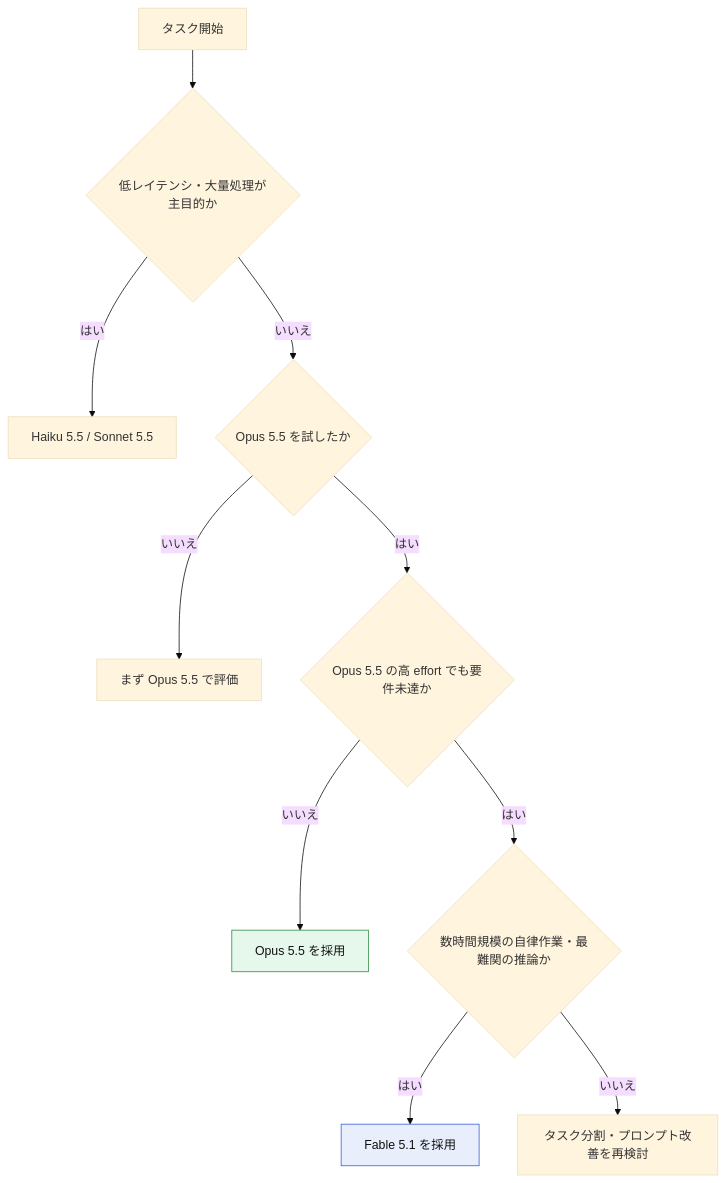
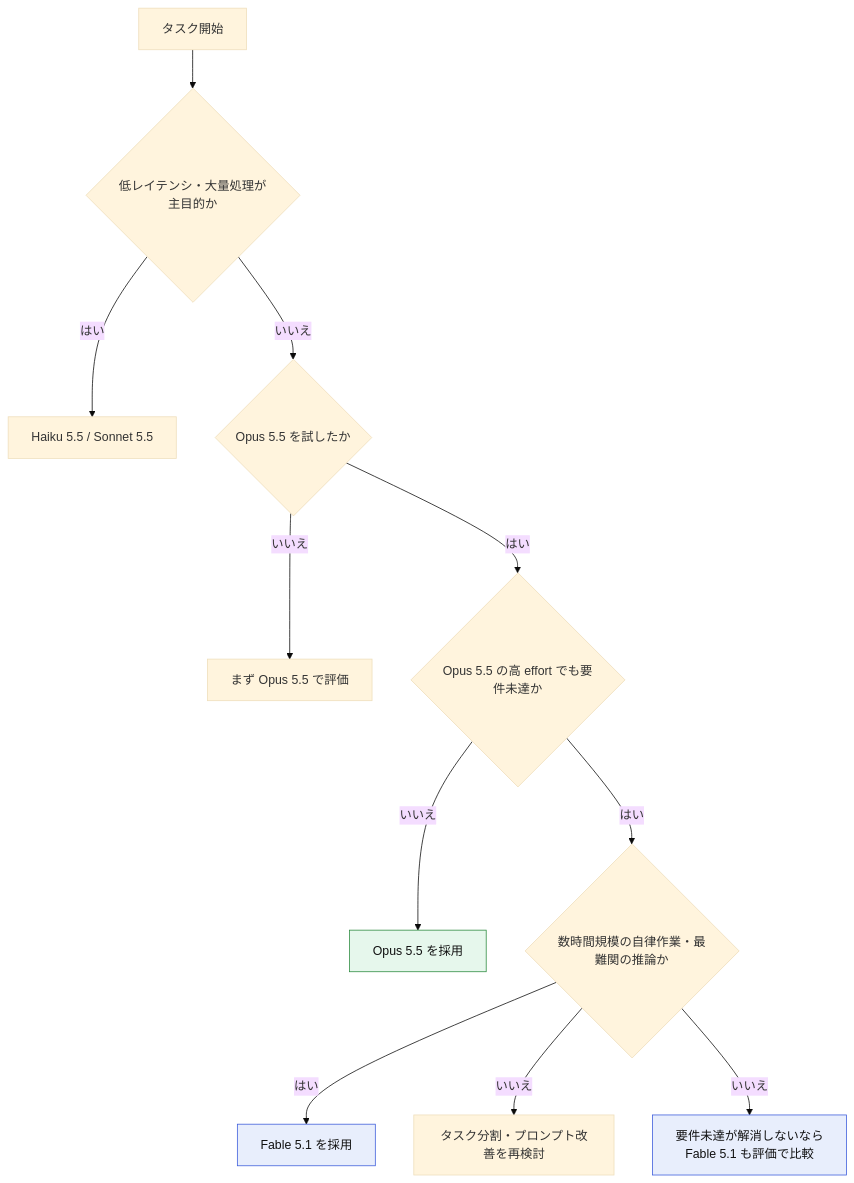
One commit to myoshi2891/Comparison-of-LLMs changed the second of 10 diagrams in Claude-fable-5-1-best-practices-guide.md. Above: the diagram before and after it, drawn with Mermaid (base theme). The commit also changed other lines of this file, not shown here.

Commit message:
docs(claude): add evaluation fallback branch, per-message effort compatibility, and platform model IDs to Fable 5.1 guide

````diff
--- a/Claude-fable-5-1-best-practices-guide.md
+++ b/Claude-fable-5-1-best-practices-guide.md
@@ -167,14 +167,16 @@
 ```mermaid
 flowchart TD
     S["タスク開始"] --> Q1{"低レイテンシ・大量処理が主目的か"}
     Q1 -- "はい" --> H["Haiku 5.5 / Sonnet 5.5"]
     Q1 -- "いいえ" --> Q2{"Opus 5.5 を試したか"}
     Q2 -- "いいえ" --> O["まず Opus 5.5 で評価"]
     Q2 -- "はい" --> Q3{"Opus 5.5 の高 effort でも要件未達か"}
     Q3 -- "いいえ" --> O2["Opus 5.5 を採用"]
     Q3 -- "はい" --> Q4{"数時間規模の自律作業・最難関の推論か"}
     Q4 -- "はい" --> F["Fable 5.1 を採用"]
     Q4 -- "いいえ" --> R["タスク分割・プロンプト改善を再検討"]
+    Q4 -- "いいえ" --> E["要件未達が解消しないなら<br/>Fable 5.1 も評価で比較"]
     style F fill:#e8eefc,stroke:#3b5bdb,color:#111
+    style E fill:#e8eefc,stroke:#3b5bdb,color:#111
     style O2 fill:#e6f7ec,stroke:#2b8a3e,color:#111
 ```
````
